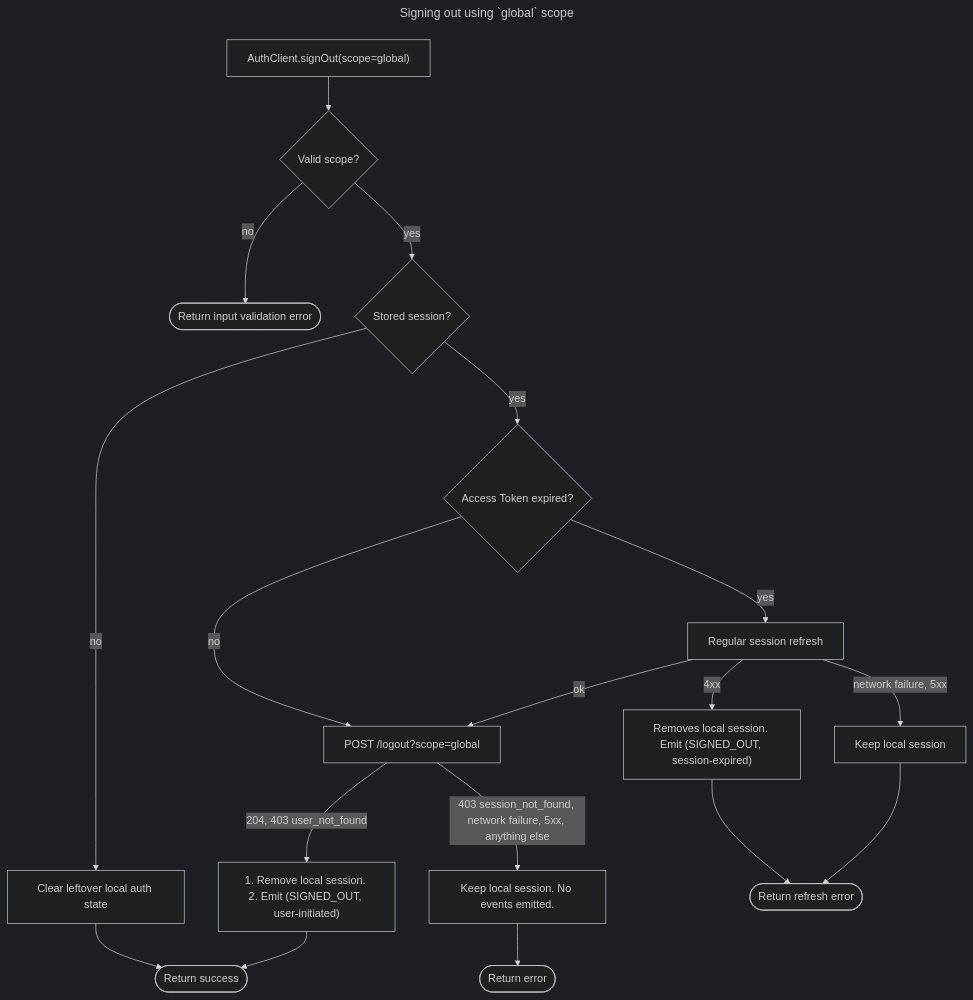
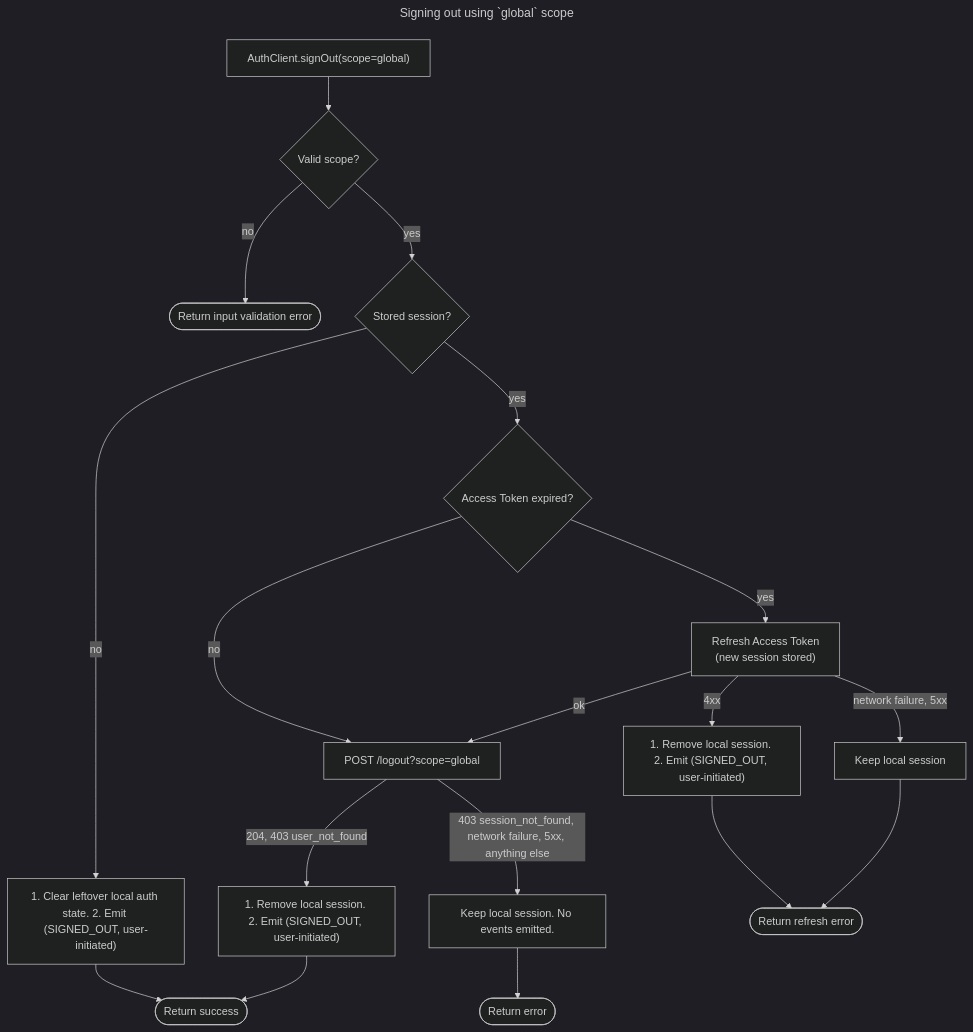
One commit to supabase/sdk changed the second of 3 diagrams in packages/capability-matrix/specs/auth/session/sign_out.md. Above: the diagram before and after it, drawn with Mermaid (dark theme). The commit also changed other lines of this file and 1 other file, not shown here.

Commit message:
docs(auth): cleanup confusion around notifications, locks and `400 refresh_token_already_used`

````diff
--- a/packages/capability-matrix/specs/auth/session/sign_out.md
+++ b/packages/capability-matrix/specs/auth/session/sign_out.md
@@ -141,23 +159,23 @@
 ```mermaid
 ---
 title: Signing out using `global` scope
 ---
 flowchart TB
     A["AuthClient.signOut(scope=global)"] --> V{"Valid scope?"}
     V -- no --> EV(["Return input validation error"])
     V -- yes --> S{"Stored session?"}
-    S -- no --> C0["Clear leftover local auth state"]
+    S -- no --> C0["1. Clear leftover local auth state. 2. Emit (SIGNED_OUT, user-initiated)"]
     C0 --> OK(["Return success"])
     S -- yes --> X{"Access Token expired?"}
     X -- no --> L["POST /logout?scope=global"]
-    X -- yes --> RF["Regular session refresh"]
+    X -- yes --> RF["Refresh Access Token<br>(new session stored)"]
     RF -- ok --> L
-    RF -- 4xx --> RX["Removes local session. Emit (SIGNED_OUT, session-expired)"]
+    RF -- 4xx --> RX["1. Remove local session. 2. Emit (SIGNED_OUT, user-initiated)"]
     RX --> ER(["Return refresh error"])
     RF -- network failure, 5xx --> K1["Keep local session"]
     K1 --> ER
     L -- 204, 403 user_not_found --> RM["1. Remove local session. 2. Emit (SIGNED_OUT, user-initiated)"]
     RM --> OK
     L -- 403 session_not_found, network failure, 5xx, anything else --> K2["Keep local session. No events emitted."]
     K2 --> E(["Return error"])
 ```
````
